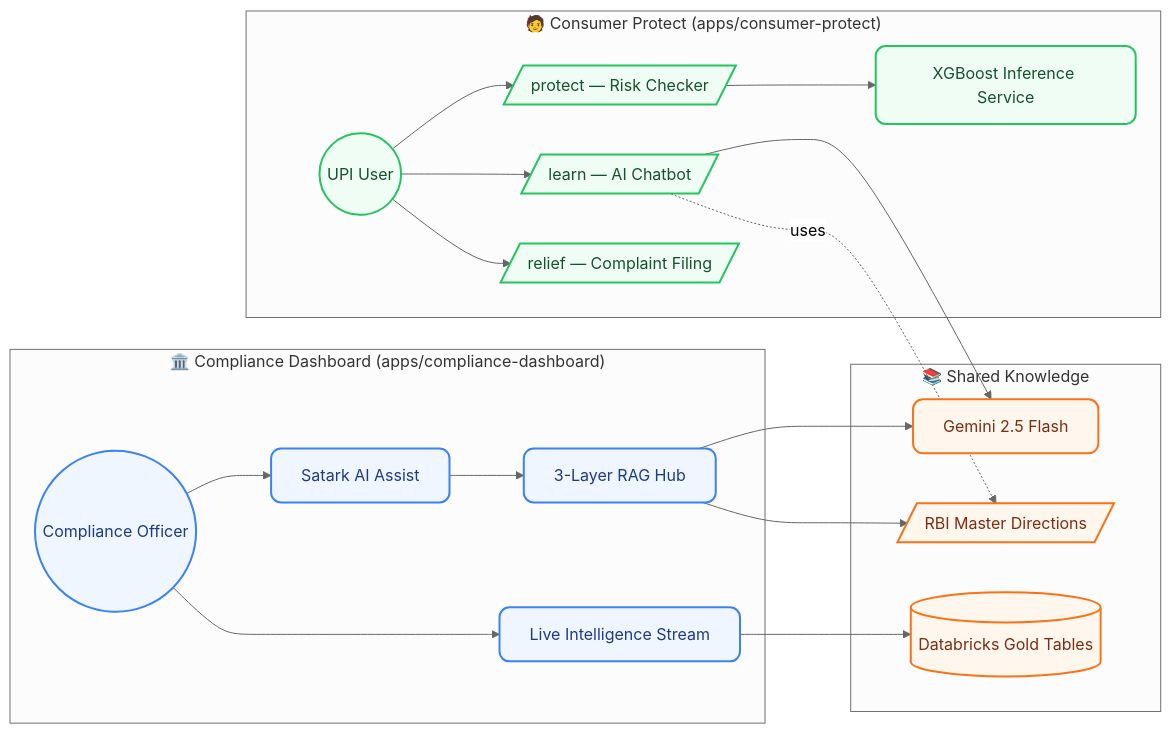
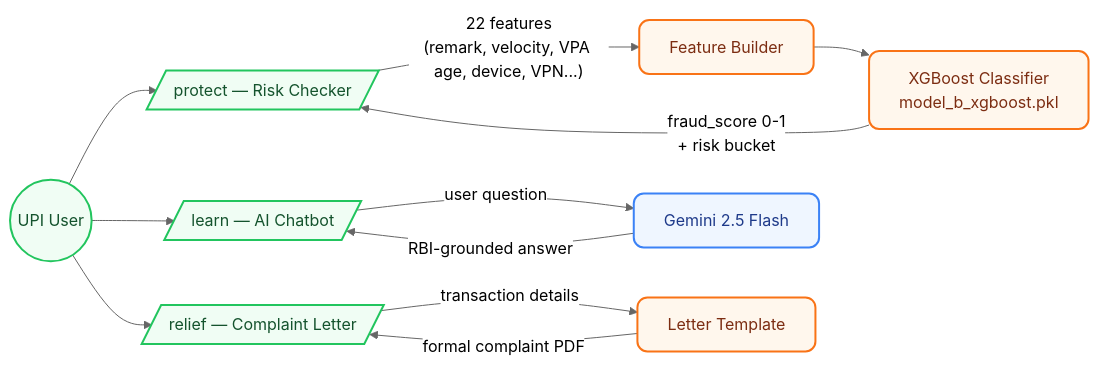
Before and after one commit to SirCoolerArc/Bharat-Bricks-Hacks-2026-Satark-Compliance: the first of 2 diagrams in README.md, drawn with Mermaid (neutral theme). The commit also changed other lines of this file and 20 other files, not shown here.

````diff
--- a/README.md
+++ b/README.md
@@ -28,42 +28,24 @@
 ```mermaid
 graph LR
     classDef user fill:#f0fdf4,stroke:#22c55e,stroke-width:2px,color:#14532d,rx:10,ry:10;
-    classDef regulator fill:#eff6ff,stroke:#3b82f6,stroke-width:2px,color:#1e3a8a,rx:10,ry:10;
-    classDef shared fill:#fff7ed,stroke:#f97316,stroke-width:2px,color:#7c2d12,rx:10,ry:10;
+    classDef model fill:#fff7ed,stroke:#f97316,stroke-width:2px,color:#7c2d12,rx:10,ry:10;
+    classDef ai fill:#eff6ff,stroke:#3b82f6,stroke-width:2px,color:#1e3a8a,rx:10,ry:10;
 
-    subgraph ConsumerSide ["🧑 Consumer Protect (apps/consumer-protect)"]
-        Citizen((UPI User))
-        Protect[/protect — Risk Checker/]
-        Learn[/learn — AI Chatbot/]
-        Relief[/relief — Complaint Filing/]
-        XGB[XGBoost Inference Service]
-    end
+    Citizen((UPI User)) --> Protect[/protect — Risk Checker/]
+    Citizen --> Learn[/learn — AI Chatbot/]
+    Citizen --> Relief[/relief — Complaint Letter/]
 
-    subgraph RegulatorSide ["🏛️ Compliance Dashboard (apps/compliance-dashboard)"]
-        Officer((Compliance Officer))
-        Live[Live Intelligence Stream]
-        Assist[Satark AI Assist]
-        RAG[3-Layer RAG Hub]
-    end
+    Protect -- "22 features\n(remark, velocity, VPA age, device, VPN...)" --> FeatBuilder[Feature Builder]
+    FeatBuilder --> XGB[XGBoost Classifier\nmodel_b_xgboost.pkl]
+    XGB -- "fraud_score 0-1\n+ risk bucket" --> Protect
 
-    subgraph SharedKnowledge ["📚 Shared Knowledge"]
-        Gemini[Gemini 2.5 Flash]
-        RBI[/RBI Master Directions/]
-        Lakehouse[(Databricks Gold Tables)]
-    end
+    Learn -- "user question" --> Gemini[Gemini 2.5 Flash]
+    Gemini -- "RBI-grounded answer" --> Learn
 
-    Citizen --> Protect --> XGB
-    Citizen --> Learn --> Gemini
-    Citizen --> Relief
+    Relief -- "transaction details" --> LetterGen[Letter Template]
+    LetterGen -- "formal complaint PDF" --> Relief
 
-    Officer --> Live --> Lakehouse
-    Officer --> Assist --> RAG
-    RAG --> Gemini
-    RAG --> RBI
-
-    Learn -.uses.-> RBI
-
-    class Citizen,Protect,Learn,Relief,XGB user;
-    class Officer,Live,Assist,RAG regulator;
-    class Gemini,RBI,Lakehouse shared;
+    class Citizen,Protect,Learn,Relief user;
+    class FeatBuilder,XGB,LetterGen model;
+    class Gemini ai;
 ```
````
